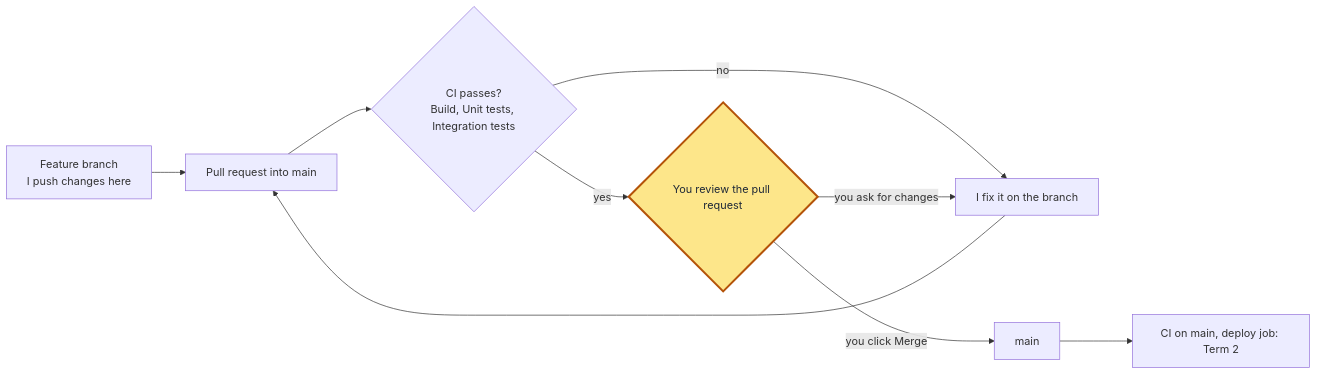
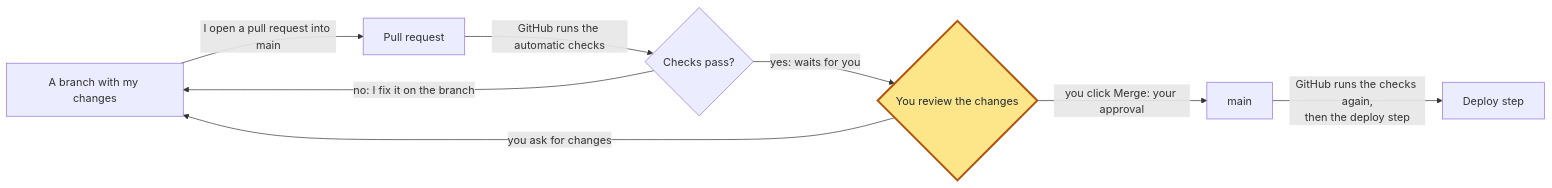
One commit to SunchokePasta/Plannr changed diagram 11 of 13 in docs/architecture.md. Above: the diagram before and after it, drawn with Mermaid. The commit also changed other lines of this file and 3 other files, not shown here.

First line of the commit message:
Rewrite the architecture page around a glossary and labelled steps

````diff
--- a/docs/architecture.md
+++ b/docs/architecture.md
@@ -384,14 +396,13 @@
 ```mermaid
 flowchart LR
-  b["Feature branch<br/>I push changes here"] --> pr["Pull request into main"]
-  pr --> ci{"CI passes?<br/>Build, Unit tests, Integration tests"}
-  ci -->|"no"| fix["I fix it on the branch"]
-  fix --> pr
-  ci -->|"yes"| you{"You review the pull request"}
-  you -->|"you click Merge"| main["main"]
-  you -->|"you ask for changes"| fix
-  main --> dep["CI on main, deploy job: Term 2"]
+  b["A branch with my changes"] -->|"I open a pull request into main"| pr["Pull request"]
+  pr -->|"GitHub runs the automatic checks"| ci{"Checks pass?"}
+  ci -->|"no: I fix it on the branch"| b
+  ci -->|"yes: waits for you"| you{"You review the changes"}
+  you -->|"you ask for changes"| b
+  you -->|"you click Merge: your approval"| main["main"]
+  main -->|"GitHub runs the checks again,<br/>then the deploy step"| dep["Deploy step"]
 
   classDef pick fill:#fde68a,stroke:#b45309,stroke-width:3px,color:#1f2937
   class you pick
 ```
````
